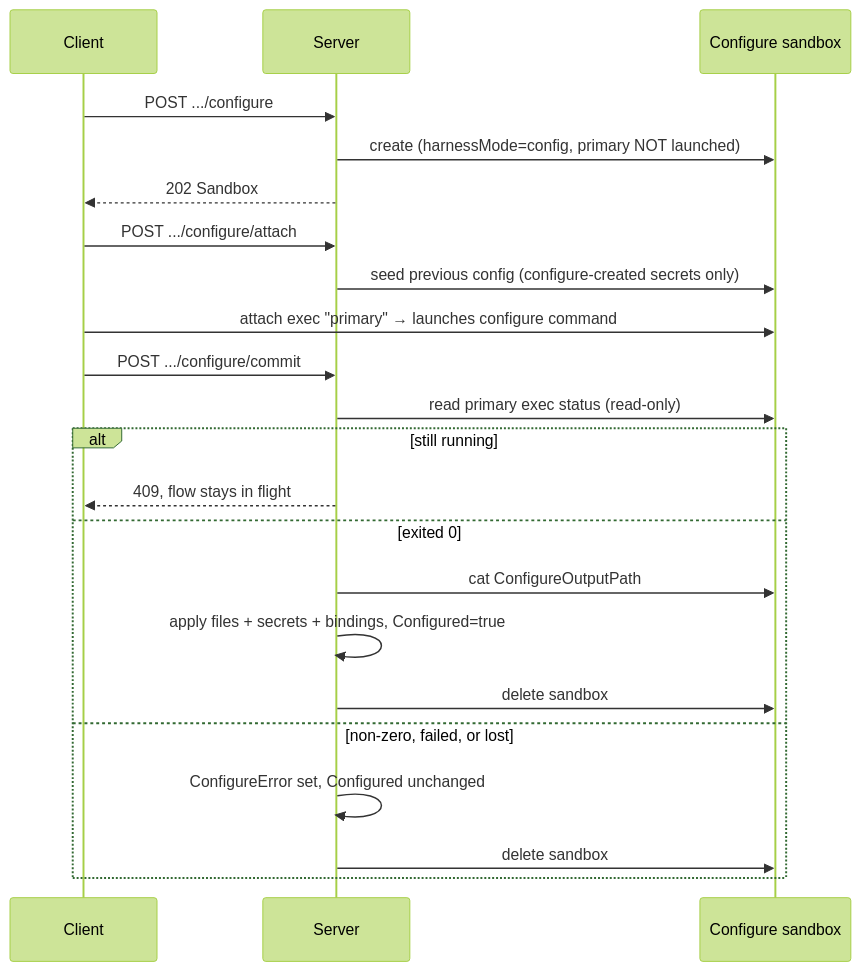
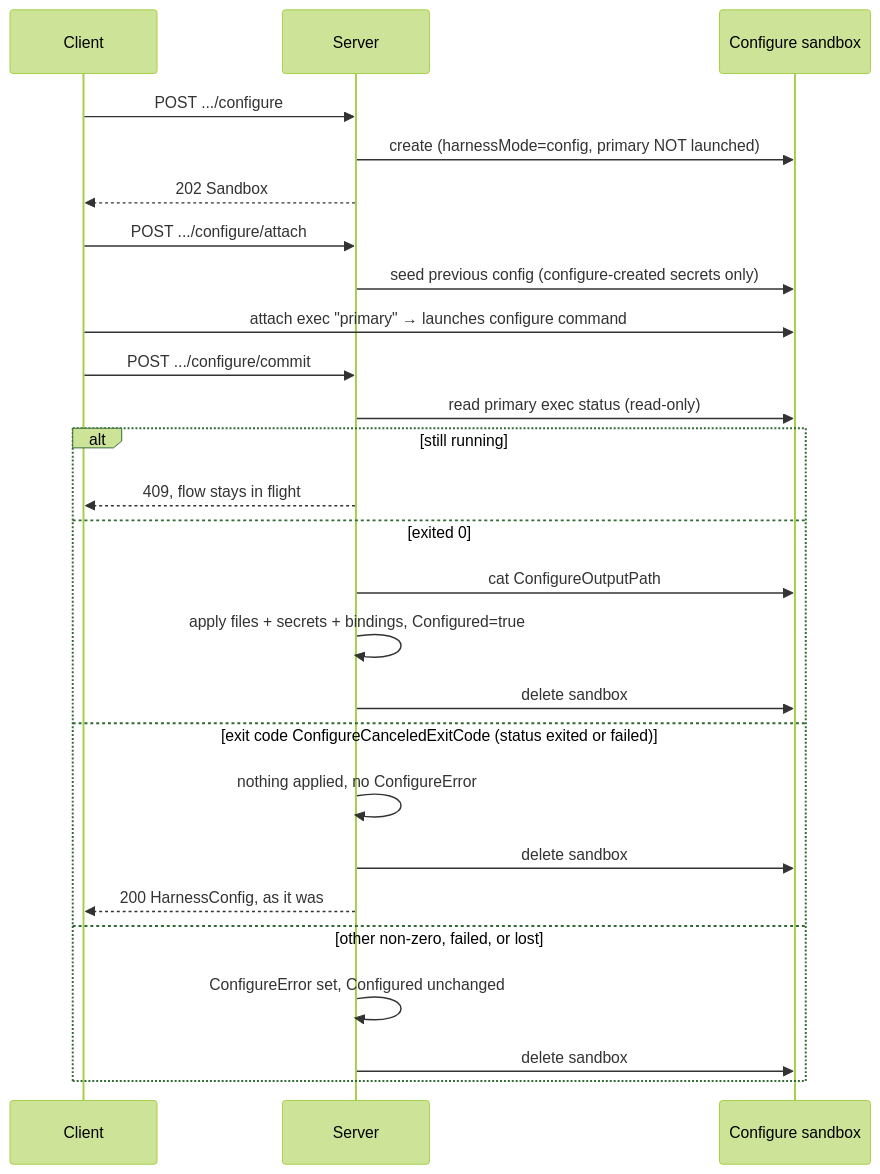
Before and after one commit to discobox-ai/discobox: the diagram in server/internal/resources/harnessconfigs/DESIGN.md, drawn with Mermaid (forest theme). The commit also changed other lines of this file and 31 other files, not shown here.

````diff
--- a/server/internal/resources/harnessconfigs/DESIGN.md
+++ b/server/internal/resources/harnessconfigs/DESIGN.md
@@ -198,24 +198,28 @@
 ```mermaid
 sequenceDiagram
     participant C as Client
     participant S as Server
     participant B as Configure sandbox
     C->>S: POST .../configure
     S->>B: create (harnessMode=config, primary NOT launched)
     S-->>C: 202 Sandbox
     C->>S: POST .../configure/attach
     S->>B: seed previous config (configure-created secrets only)
     C->>B: attach exec "primary" → launches configure command
     C->>S: POST .../configure/commit
     S->>B: read primary exec status (read-only)
     alt still running
         S-->>C: 409, flow stays in flight
     else exited 0
         S->>B: cat ConfigureOutputPath
         S->>S: apply files + secrets + bindings, Configured=true
         S->>B: delete sandbox
-    else non-zero, failed, or lost
+    else exit code ConfigureCanceledExitCode (status exited or failed)
+        S->>S: nothing applied, no ConfigureError
+        S->>B: delete sandbox
+        S-->>C: 200 HarnessConfig, as it was
+    else other non-zero, failed, or lost
         S->>S: ConfigureError set, Configured unchanged
         S->>B: delete sandbox
     end
 ```
````
